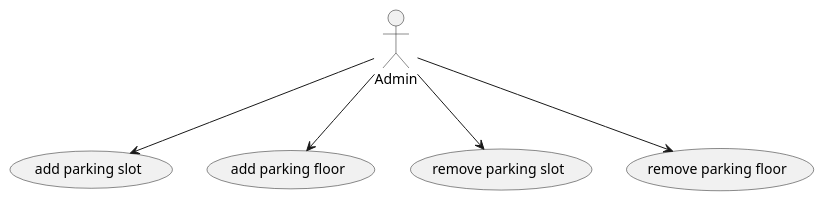
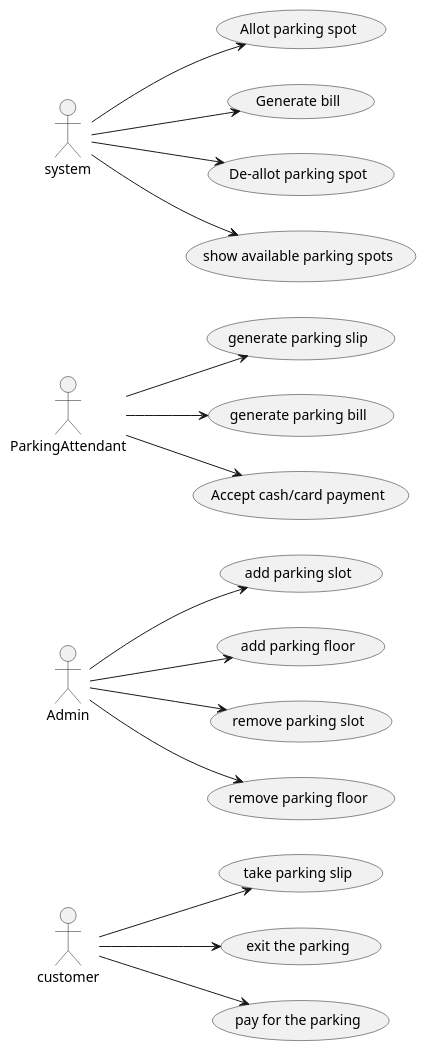
One commit to prashanthr84/designexercises changed the diagram in solutions/parkinglot-management-system/use-cases.wsd. Above: the diagram before and after it, drawn with PlantUML. The commit also changed other lines of this file and 5 other files, not shown here.

Commit message:
add design diagrams

```diff
--- a/solutions/parkinglot-management-system/use-cases.wsd
+++ b/solutions/parkinglot-management-system/use-cases.wsd
@@ -11,10 +1,25 @@
-@startuml AdminUseCases
+@startuml CustomerUseCases
+
+left to right direction
+:customer: --> (take parking slip)
+:customer: --> (exit the parking)
+:customer: --> (pay for the parking)
+
 
 :Admin: as Admin
 
 Admin --> (add parking slot)
 Admin --> (add parking floor)
 Admin --> (remove parking slot)
 Admin --> (remove parking floor)
 
+:ParkingAttendant: as Attendant
+Attendant --> (generate parking slip)
+Attendant --> (generate parking bill)
+Attendant --> (Accept cash/card payment)
+
+:system: --> (Allot parking spot)
+:system: --> (Generate bill)
+:system: --> (De-allot parking spot)
+:system: --> (show available parking spots)
 @enduml
```
